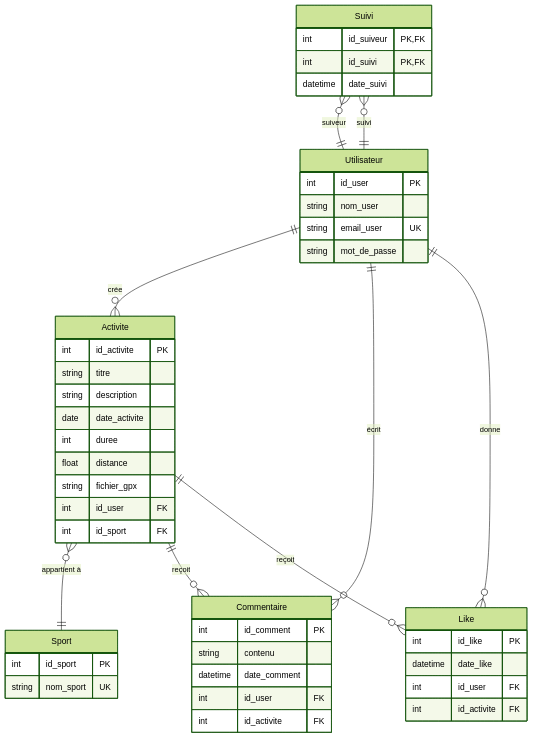
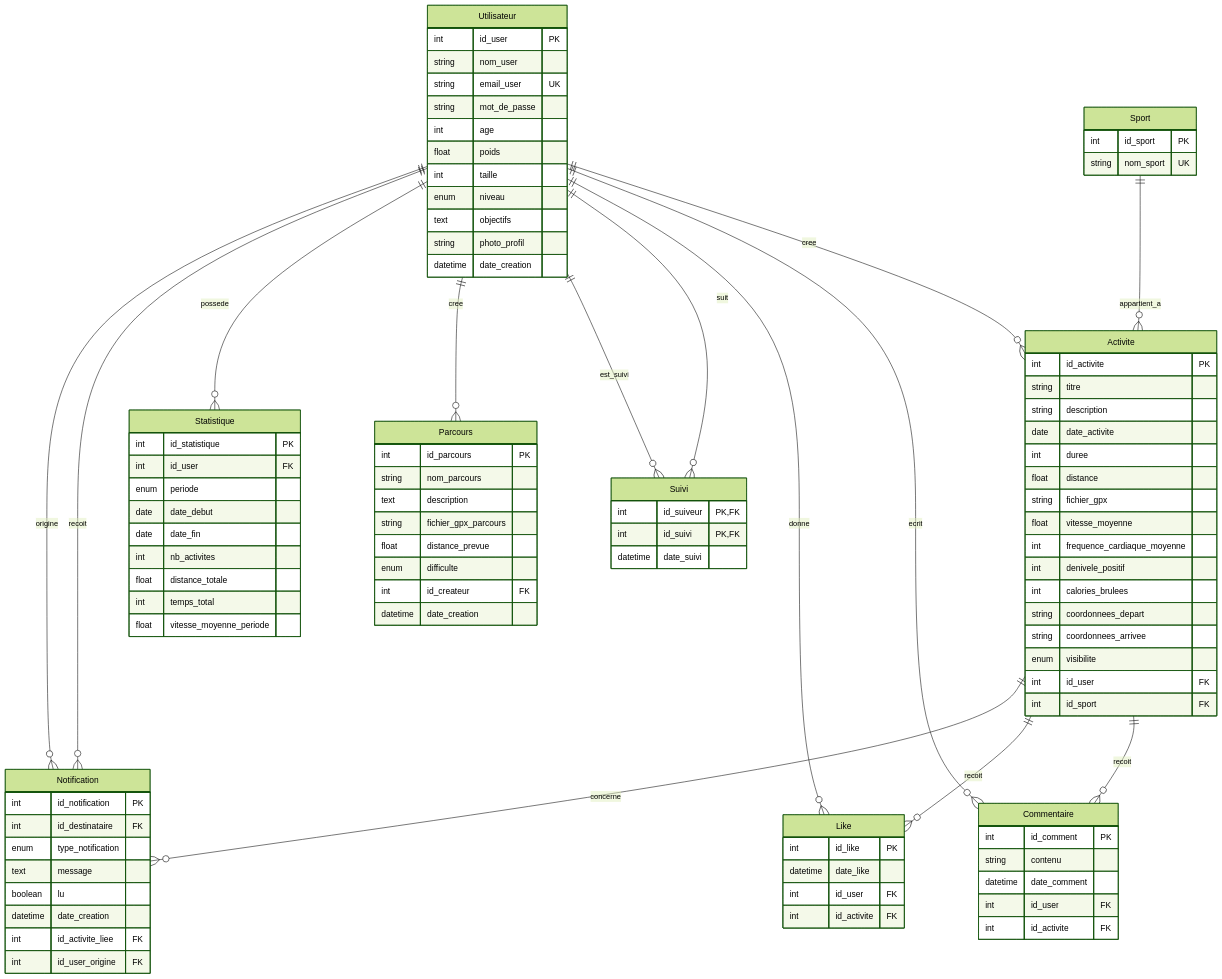
Before and after one commit to MariusAnicet/test: the diagram in diagramme_conceptuel_de_donnee.md, drawn with Mermaid (forest theme).

````diff
--- a/diagramme_conceptuel_de_donnee.md
+++ b/diagramme_conceptuel_de_donnee.md
@@ -6,13 +6,20 @@
         string nom_user
         string email_user UK
         string mot_de_passe
+        int age
+        float poids
+        int taille
+        enum niveau
+        text objectifs
+        string photo_profil
+        datetime date_creation
     }
-
+    
     Sport {
         int id_sport PK
         string nom_sport UK
     }
-
+    
     Activite {
         int id_activite PK
         string titre
@@ -21,10 +28,28 @@
         int duree
         float distance
         string fichier_gpx
+        float vitesse_moyenne
+        int frequence_cardiaque_moyenne
+        int denivele_positif
+        int calories_brulees
+        string coordonnees_depart
+        string coordonnees_arrivee
+        enum visibilite
         int id_user FK
         int id_sport FK
     }
-
+    
+    Parcours {
+        int id_parcours PK
+        string nom_parcours
+        text description
+        string fichier_gpx_parcours
+        float distance_prevue
+        enum difficulte
+        int id_createur FK
+        datetime date_creation
+    }
+    
     Commentaire {
         int id_comment PK
         string contenu
@@ -32,30 +57,55 @@
         int id_user FK
         int id_activite FK
     }
-
+    
     Like {
         int id_like PK
         datetime date_like
         int id_user FK
         int id_activite FK
     }
-
+    
     Suivi {
-        int id_suiveur PK, FK
-        int id_suivi PK, FK
+        int id_suiveur PK,FK
+        int id_suivi PK,FK
         datetime date_suivi
     }
-
+    
+    Statistique {
+        int id_statistique PK
+        int id_user FK
+        enum periode
+        date date_debut
+        date date_fin
+        int nb_activites
+        float distance_totale
+        int temps_total
+        float vitesse_moyenne_periode
+    }
+    
+    Notification {
+        int id_notification PK
+        int id_destinataire FK
+        enum type_notification
+        text message
+        boolean lu
+        datetime date_creation
+        int id_activite_liee FK
+        int id_user_origine FK
+    }
 
     %% Relations
-    Utilisateur ||--o{ Activite : "crée"
-    Utilisateur ||--o{ Commentaire : "écrit"
-    Utilisateur ||--o{ Like : "donne"
-
-    Activite }o--|| Sport : "appartient à"
-    Activite ||--o{ Commentaire : "reçoit"
-    Activite ||--o{ Like : "reçoit"
-
-    Suivi }o--|| Utilisateur : "suiveur"
-    Suivi }o--|| Utilisateur : "suivi"
+    Utilisateur ||--o{ Activite : cree
+    Sport ||--o{ Activite : appartient_a
+    Activite ||--o{ Commentaire : recoit
+    Activite ||--o{ Like : recoit
+    Utilisateur ||--o{ Commentaire : ecrit
+    Utilisateur ||--o{ Like : donne
+    Utilisateur ||--o{ Suivi : suit
+    Utilisateur ||--o{ Suivi : est_suivi
+    Utilisateur ||--o{ Parcours : cree
+    Utilisateur ||--o{ Statistique : possede
+    Utilisateur ||--o{ Notification : recoit
+    Utilisateur ||--o{ Notification : origine
+    Activite ||--o{ Notification : concerne
 ```
````
